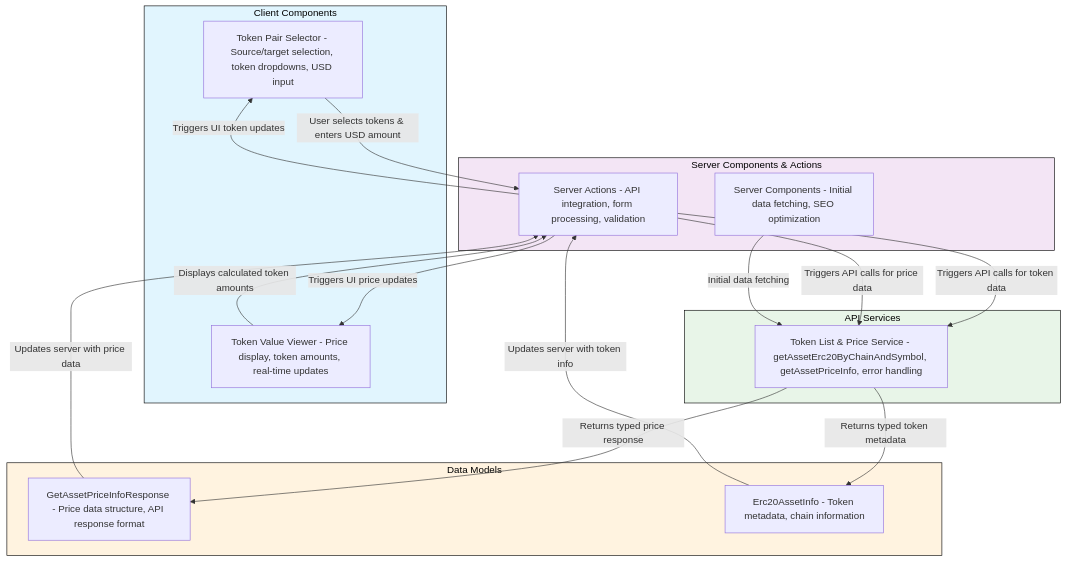
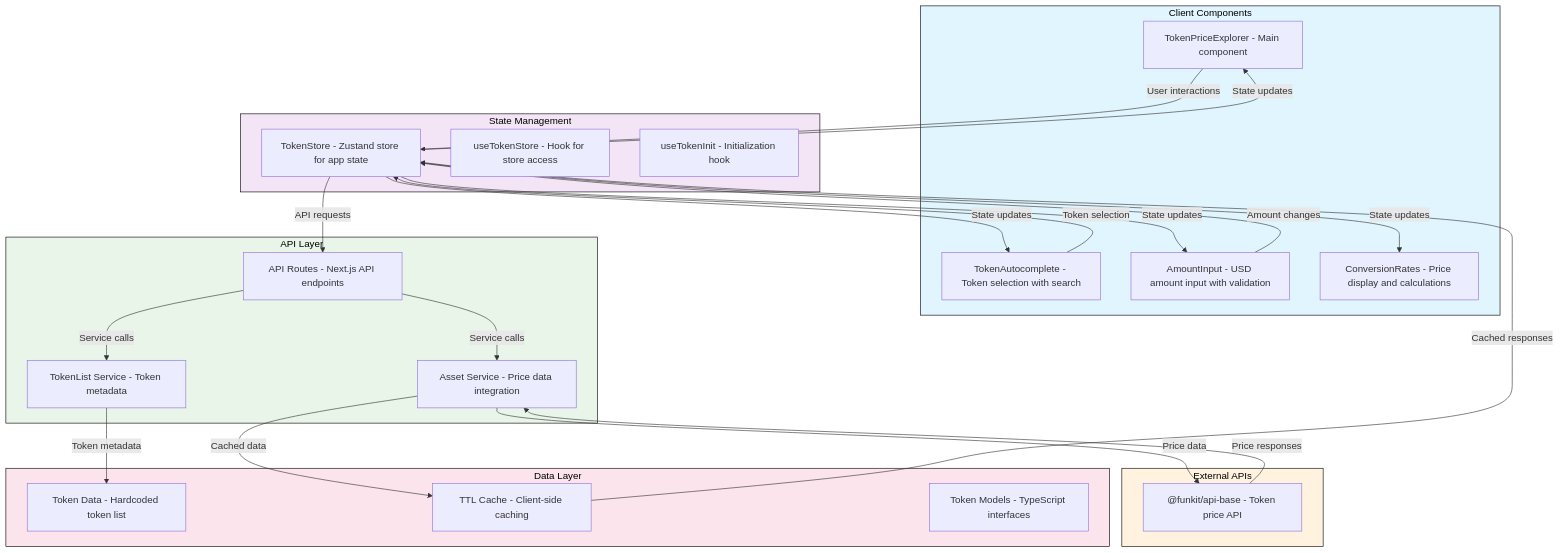
Before and after one commit to perrywangzm/funxyz-token-swap: the diagram in README.md, drawn with Mermaid. The commit also changed other lines of this file and 1 other file, not shown here.

````diff
--- a/README.md
+++ b/README.md
@@ -149,49 +99,62 @@
 ```mermaid
 graph TB
     subgraph Client["Client Components"]
-        TPS[Token Pair Selector - Source/target selection, token dropdowns, USD input]
-        TVV[Token Value Viewer - Price display, token amounts, real-time updates]
+        TPE[TokenPriceExplorer - Main component]
+        TA[TokenAutocomplete - Token selection with search]
+        AI[AmountInput - USD amount input with validation]
+        CR[ConversionRates - Price display and calculations]
     end
 
-    subgraph Server["Server&nbsp;Components&nbsp;&&nbsp;Actions"]
-        SA[Server Actions - API integration, form processing, validation]
-        SC[Server Components - Initial data fetching, SEO optimization]
+    subgraph State["State Management"]
+        TS[TokenStore - Zustand store for app state]
+        TH[useTokenStore - Hook for store access]
+        TI[useTokenInit - Initialization hook]
     end
 
-    subgraph API["API Services"]
-        TLS[Token List & Price Service - getAssetErc20ByChainAndSymbol, getAssetPriceInfo, error handling]
+    subgraph API["API Layer"]
+        AR[API Routes - Next.js API endpoints]
+        AS[Asset Service - Price data integration]
+        TLS[TokenList Service - Token metadata]
     end
 
-    subgraph Models["Data Models"]
-        GAPIR[GetAssetPriceInfoResponse - Price data structure, API response format]
-        EAI[Erc20AssetInfo - Token metadata, chain information]
+    subgraph External["External APIs"]
+        FUNKIT["@funkit/api-base - Token price API"]
+    end
+
+    subgraph Data["Data Layer"]
+        TD[Token Data - Hardcoded token list]
+        TC[TTL Cache - Client-side caching]
+        TM[Token Models - TypeScript interfaces]
     end
 
     %% User interactions
-    TPS -->|"User selects tokens & enters USD amount"| SA
-    TVV -->|"Displays calculated token amounts"| SA
+    TPE -->|"User interactions"| TS
+    TA -->|"Token selection"| TS
+    AI -->|"Amount changes"| TS
 
-    %% Server interactions
-    SA -->|"Triggers API calls for token data"| TLS
-    SA -->|"Triggers API calls for price data"| TLS
+    %% State to API
+    TS -->|"API requests"| AR
+    AR -->|"Service calls"| AS
+    AR -->|"Service calls"| TLS
 
-    %% Service to models
-    TLS -->|"Returns typed price response"| GAPIR
-    TLS -->|"Returns typed token metadata"| EAI
+    %% API to external
+    AS -->|"Price data"| FUNKIT
+    TLS -->|"Token metadata"| TD
 
-    %% Models to server
-    GAPIR -->|"Updates server with price data"| SA
-    EAI -->|"Updates server with token info"| SA
+    %% Data flow
+    FUNKIT -->|"Price responses"| AS
+    AS -->|"Cached data"| TC
+    TC -->|"Cached responses"| TS
 
-    %% Server to client updates
-    SA -->|"Triggers UI price updates"| TVV
-    SA -->|"Triggers UI token updates"| TPS
-
-    %% Server Components for initial load
-    SC -->|"Initial data fetching"| TLS
+    %% UI updates
+    TS -->|"State updates"| TPE
+    TS -->|"State updates"| TA
+    TS -->|"State updates"| AI
+    TS -->|"State updates"| CR
 
     style Client fill:#e1f5fe,stroke:#000,color:#000
-    style Server fill:#f3e5f5,stroke:#000,color:#000
+    style State fill:#f3e5f5,stroke:#000,color:#000
     style API fill:#e8f5e8,stroke:#000,color:#000
-    style Models fill:#fff3e0,stroke:#000,color:#000
+    style External fill:#fff3e0,stroke:#000,color:#000
+    style Data fill:#fce4ec,stroke:#000,color:#000
 ```
````
